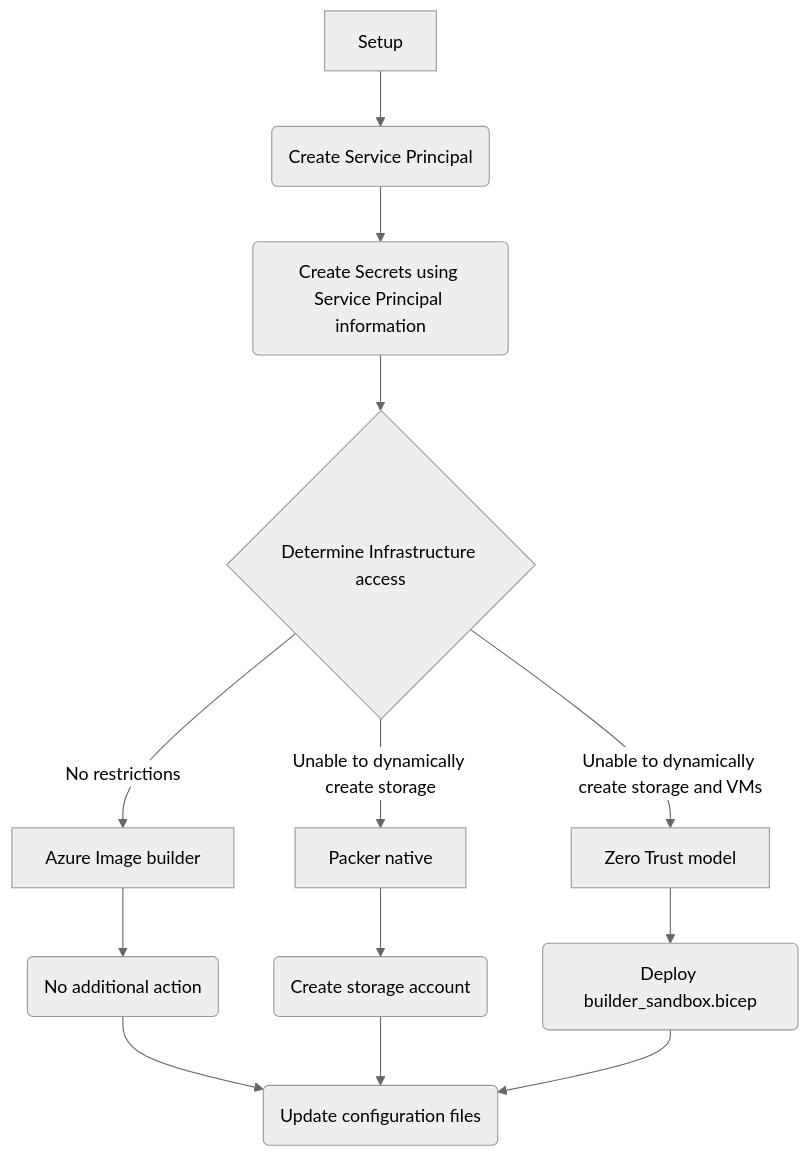
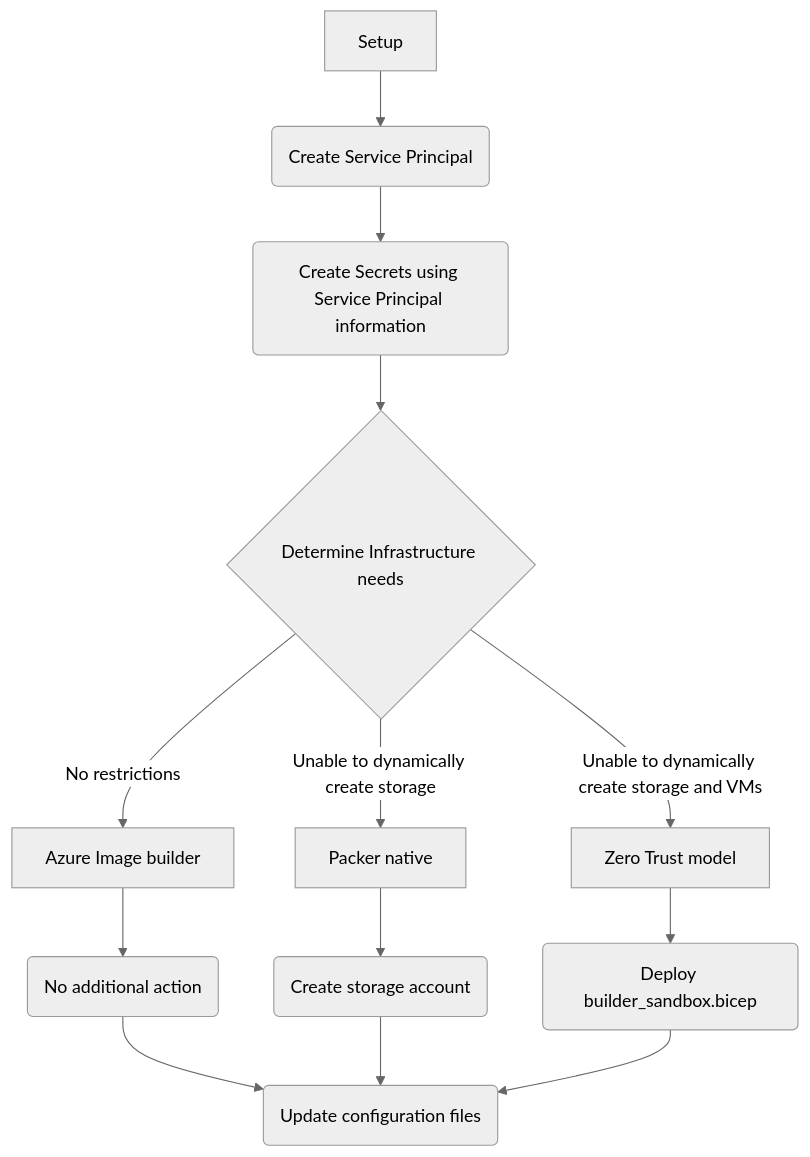
The first of 4 diagrams in README.md (Azure/dev-box-images), drawn with Mermaid (neutral theme) before and after one commit. The commit also changed other lines of this file and 3 other files, not shown here.

````diff
--- a/README.md
+++ b/README.md
@@ -37,15 +37,15 @@
 ```mermaid
 graph TD
     A[Setup] --> B(Create Service Principal)
     B --> C(Create Secrets using Service Principal information)
-    C --> D{Determine Infrastructure access}
+    C --> D{Determine Infrastructure needs}
     D --> |No restrictions | E[Azure Image builder]
     D --> |Unable to dynamically create storage  | F[Packer native]
     D --> |Unable to dynamically create storage and VMs|G[Zero Trust model]
     E --> H(No additional action)
     F --> I(Create storage account)
     G --> J(Deploy builder_sandbox.bicep)
     H --> K(Update configuration files)
     I --> K
     J --> K
 ```
````
